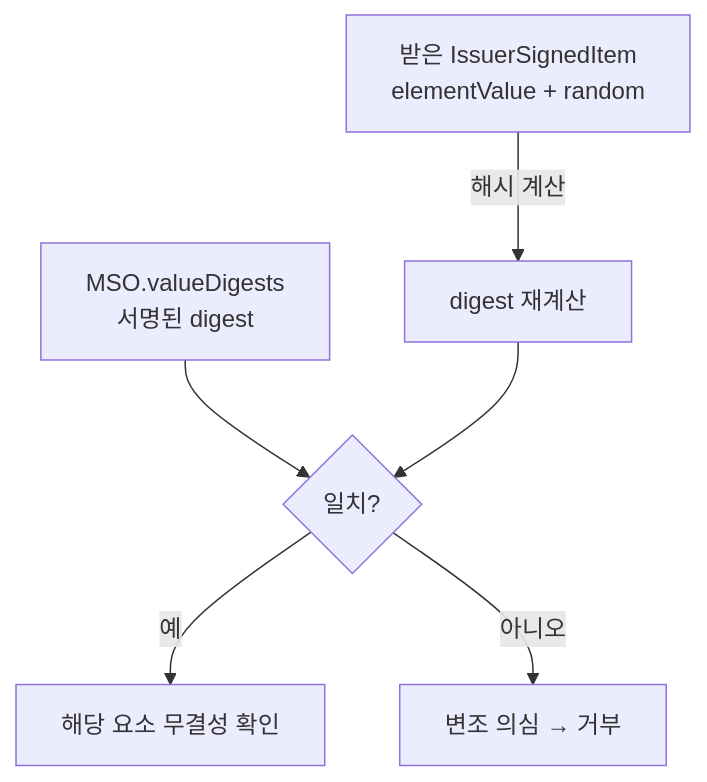
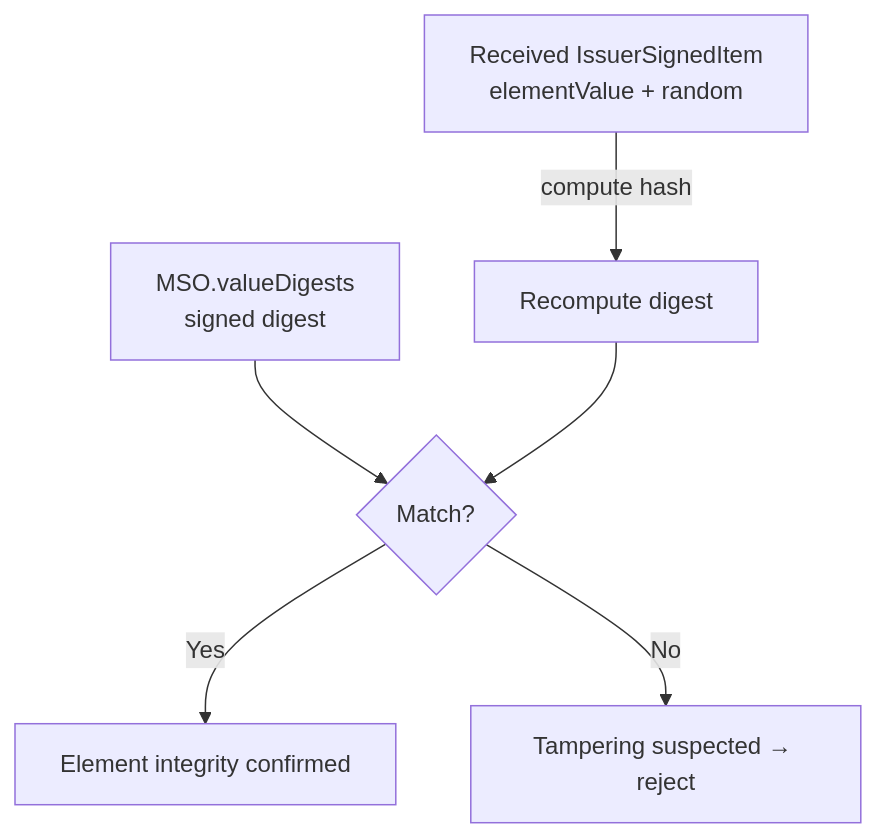
The second of 5 diagrams in docs/concepts/mdoc/mdoc_verification_and_trust.md (OmniOneID/poc-oid4vc), drawn with Mermaid before and after one commit. The commit also changed other lines of this file and 29 other files, not shown here.

````diff
--- a/docs/concepts/mdoc/mdoc_verification_and_trust.md
+++ b/docs/concepts/mdoc/mdoc_verification_and_trust.md
@@ -71,8 +71,8 @@
 ```mermaid
 flowchart TB
-    Item[받은 IssuerSignedItem<br/>elementValue + random] -->|해시 계산| H[digest 재계산]
-    MSO[MSO.valueDigests<br/>서명된 digest] --> Cmp{일치?}
+    Item[Received IssuerSignedItem<br/>elementValue + random] -->|compute hash| H[Recompute digest]
+    MSO[MSO.valueDigests<br/>signed digest] --> Cmp{Match?}
     H --> Cmp
-    Cmp -->|예| OK[해당 요소 무결성 확인]
-    Cmp -->|아니오| NG[변조 의심 → 거부]
+    Cmp -->|Yes| OK[Element integrity confirmed]
+    Cmp -->|No| NG[Tampering suspected → reject]
 ```
````
